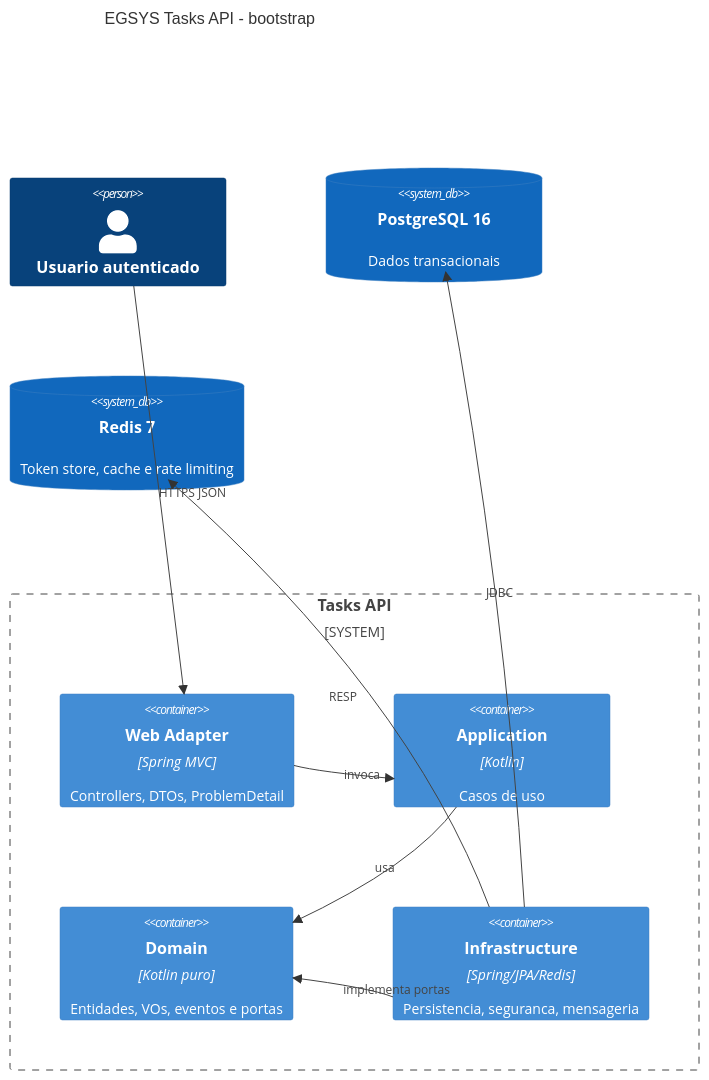
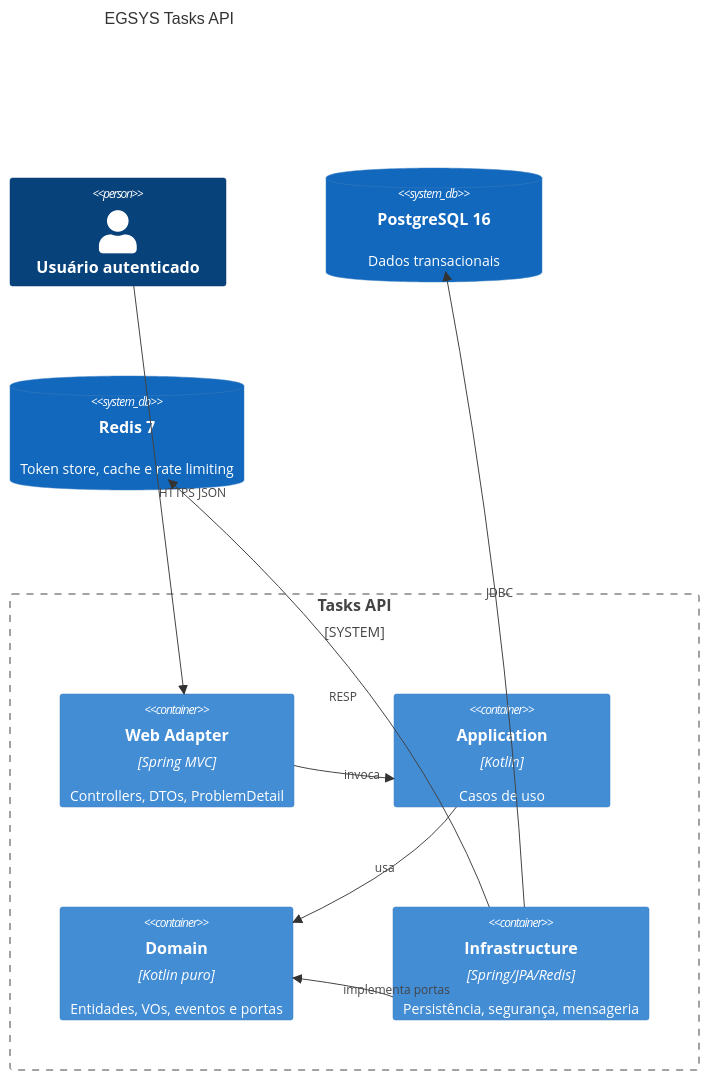
Before and after one commit to omatheusdutra/teste-api-spring-egsys: the diagram in README.md, drawn with Mermaid. The commit also changed other lines of this file and 3 other files, not shown here.

````diff
--- a/README.md
+++ b/README.md
@@ -189,21 +151,21 @@
 ```mermaid
 C4Container
-title EGSYS Tasks API - bootstrap
+title EGSYS Tasks API
 
-Person(user, "Usuario autenticado")
+Person(user, "Usuário autenticado")
 System_Boundary(api, "Tasks API") {
   Container(web, "Web Adapter", "Spring MVC", "Controllers, DTOs, ProblemDetail")
   Container(app, "Application", "Kotlin", "Casos de uso")
   Container(domain, "Domain", "Kotlin puro", "Entidades, VOs, eventos e portas")
-  Container(infra, "Infrastructure", "Spring/JPA/Redis", "Persistencia, seguranca, mensageria")
+  Container(infra, "Infrastructure", "Spring/JPA/Redis", "Persistência, segurança, mensageria")
 }
 SystemDb(postgres, "PostgreSQL 16", "Dados transacionais")
 SystemDb(redis, "Redis 7", "Token store, cache e rate limiting")
 
 Rel(user, web, "HTTPS JSON")
 Rel(web, app, "invoca")
 Rel(app, domain, "usa")
 Rel(infra, domain, "implementa portas")
 Rel(infra, postgres, "JDBC")
 Rel(infra, redis, "RESP")
 ```
````
